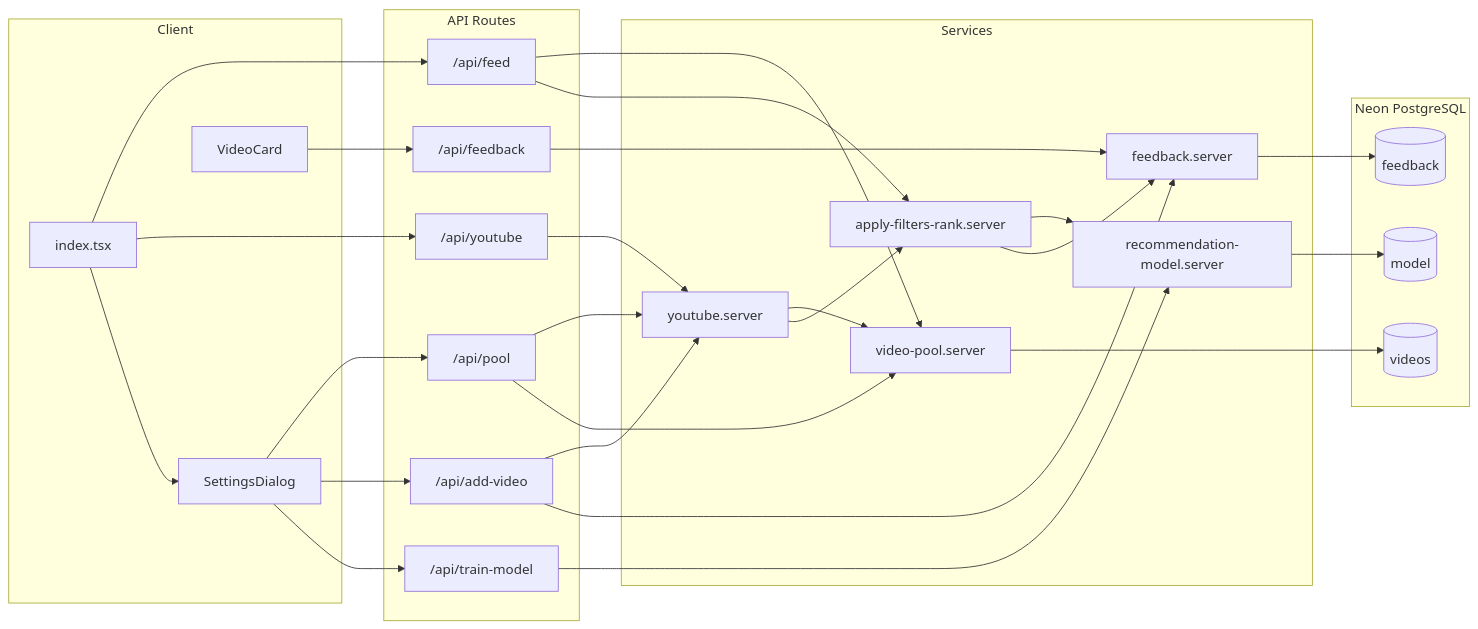
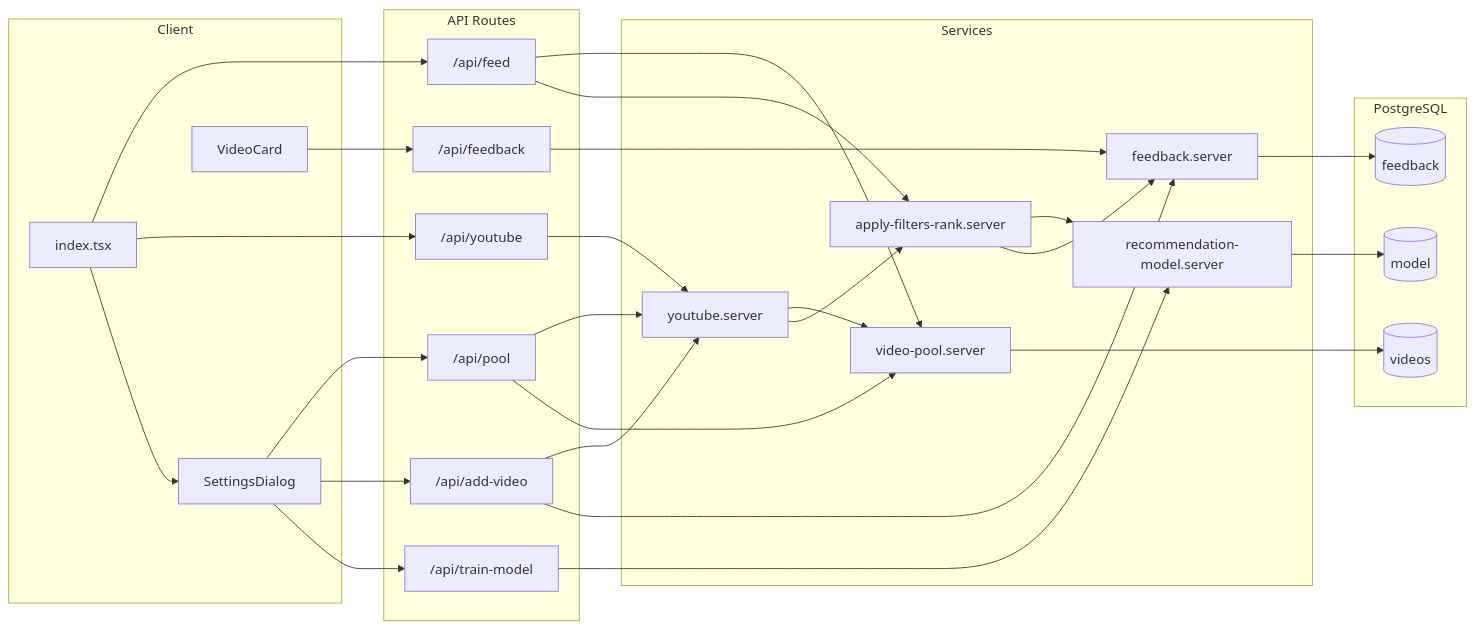
The diagram in README.md (tanuvnair/crazy-refresh-pull), drawn with Mermaid before and after one commit. The commit also changed other lines of this file and 14 other files, not shown here.

First line of the commit message:
refactor(db): migrate from raw SQL (@netlify/neon) to Prisma ORM

````diff
--- a/README.md
+++ b/README.md
@@ -21,51 +21,51 @@
 ```mermaid
 flowchart LR
   subgraph client [Client]
     Home[index.tsx]
     Settings[SettingsDialog]
     VideoCard[VideoCard]
   end
   subgraph api [API Routes]
     feed["/api/feed"]
     youtube["/api/youtube"]
     pool["/api/pool"]
     feedback["/api/feedback"]
     addVideo["/api/add-video"]
     train["/api/train-model"]
   end
   subgraph services [Services]
     videoPool[video-pool.server]
     yt[youtube.server]
     applyRank[apply-filters-rank.server]
     feedbackSvc[feedback.server]
     modelSvc[recommendation-model.server]
   end
-  subgraph db [Neon PostgreSQL]
+  subgraph db [PostgreSQL]
     videos[(videos)]
     feedbackTable[(feedback)]
     modelTable[(model)]
   end
   Home --> feed
   Home --> youtube
   Home --> Settings
   Settings --> pool
   Settings --> addVideo
   Settings --> train
   VideoCard --> feedback
   feed --> videoPool
   feed --> applyRank
   youtube --> yt
   yt --> videoPool
   yt --> applyRank
   pool --> yt
   pool --> videoPool
   addVideo --> yt
   addVideo --> feedbackSvc
   feedback --> feedbackSvc
   train --> modelSvc
   videoPool --> videos
   feedbackSvc --> feedbackTable
   modelSvc --> modelTable
   applyRank --> modelSvc
   applyRank --> feedbackSvc
 ```
````
